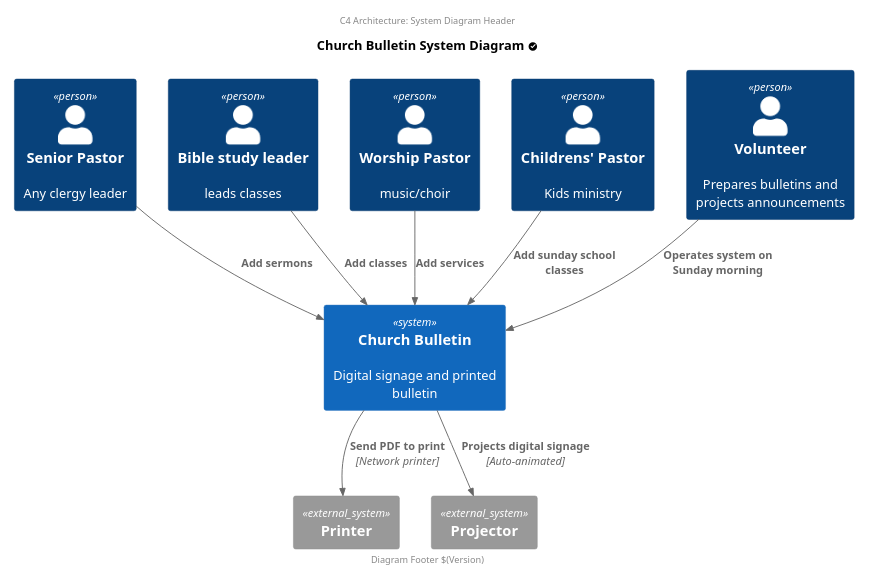
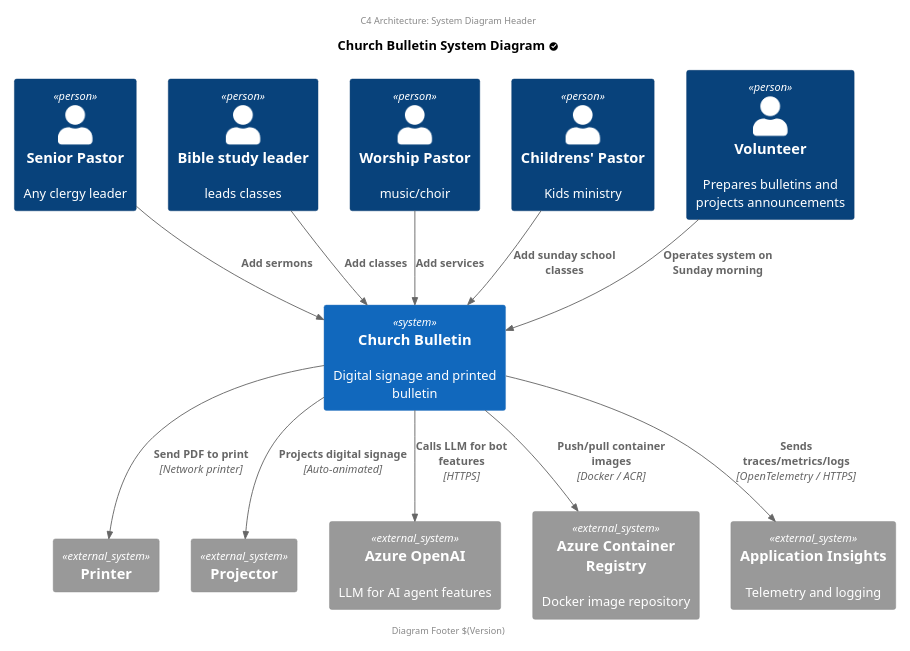
The diagram in arch/arch-c4-system.puml (ClearMeasureLabs/bootcamp-palermo-workorders), drawn with PlantUML before and after one commit. The commit also changed 3 other files, not shown here.

Commit message:
docs: architecture — quick start, add observability & externals to diagrams, add LLM/MCP sequence diagram

```diff
--- a/arch/arch-c4-system.puml
+++ b/arch/arch-c4-system.puml
@@ -1,38 +1,44 @@
 @startuml
 
 scale 2/3
 'left to right direction
 center header
     C4 Architecture: System Diagram Header
 endheader
 
 title Church Bulletin System Diagram <&circle-check>
 '
 !includeurl https://raw.githubusercontent.com/RicardoNiepel/C4-PlantUML/release/1-0/C4_Context.puml
 
 'LAYOUT_WITH_LEGEND
 
 Person(pastor, "Senior Pastor", "Any clergy leader")
 Person(biblestudyleader, "Bible study leader", "leads classes")
 Person(worshipleader, "Worship Pastor", "music/choir")
 Person(childrenspastor, "Childrens' Pastor", "Kids ministry")
 Person(volunteer, "Volunteer", "Prepares bulletins and projects announcements")
 
 System(churchbulletin, "Church Bulletin", "Digital signage and printed bulletin")
 
 System_Ext(printer, "Printer")
 System_Ext(projector, "Projector")
+System_Ext(azureOpenAI, "Azure OpenAI", "LLM for AI agent features")
+System_Ext(acr, "Azure Container Registry", "Docker image repository")
+System_Ext(appInsights, "Application Insights", "Telemetry and logging")
 
 Rel(pastor, churchbulletin, "Add sermons")
 Rel(biblestudyleader, churchbulletin, "Add classes")
 Rel(worshipleader, churchbulletin, "Add services")
 Rel(childrenspastor, churchbulletin, "Add sunday school classes")
 Rel(volunteer, churchbulletin, "Operates system on Sunday morning")
 
 Rel(churchbulletin, printer, "Send PDF to print", "Network printer")
 Rel(churchbulletin, projector, "Projects digital signage", "Auto-animated")
+Rel(churchbulletin, azureOpenAI, "Calls LLM for bot features", "HTTPS")
+Rel(churchbulletin, acr, "Push/pull container images", "Docker / ACR")
+Rel(churchbulletin, appInsights, "Sends traces/metrics/logs", "OpenTelemetry / HTTPS")
 
 center footer
     Diagram Footer $(Version)
 endfooter
 @enduml
```
